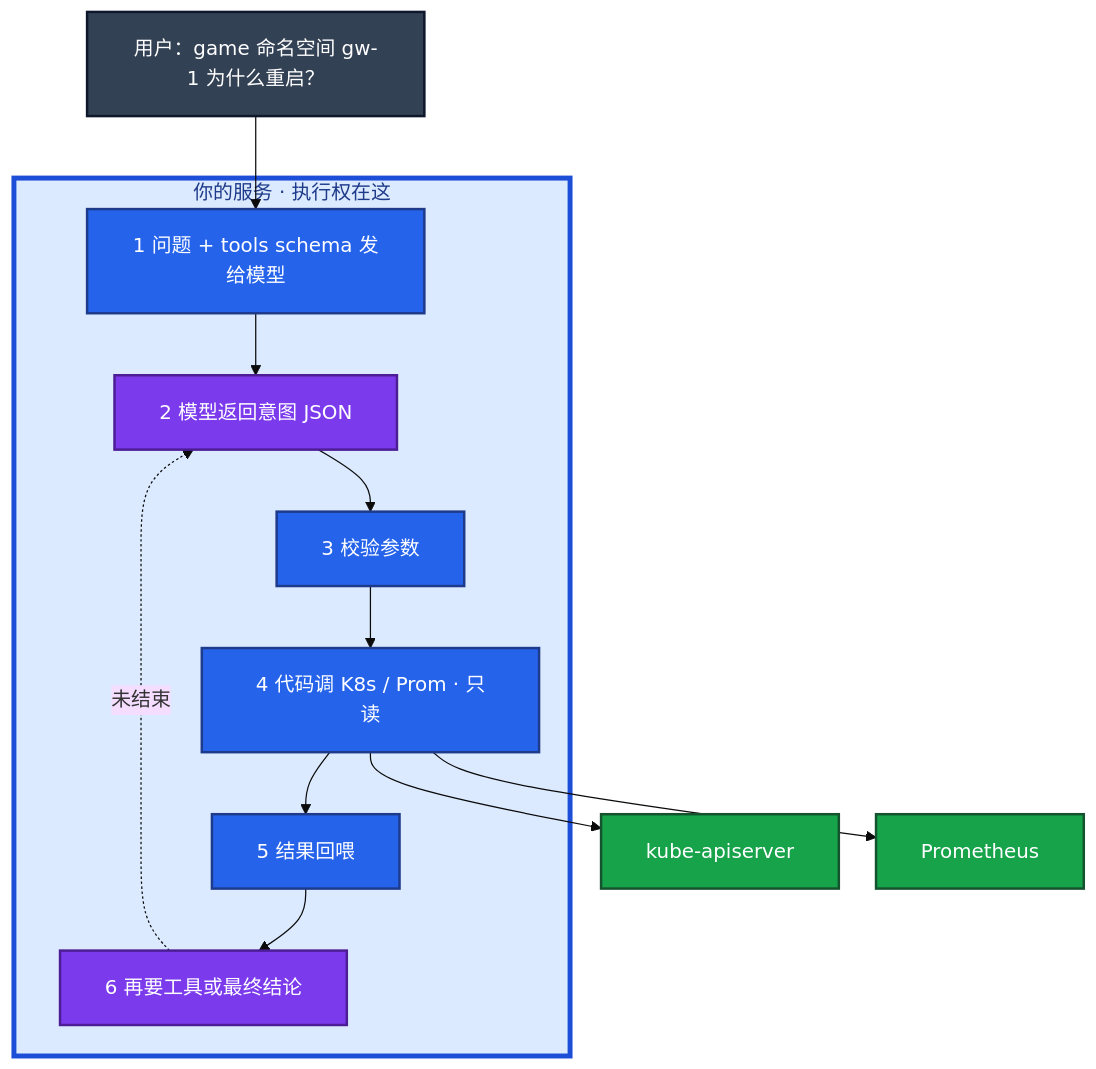
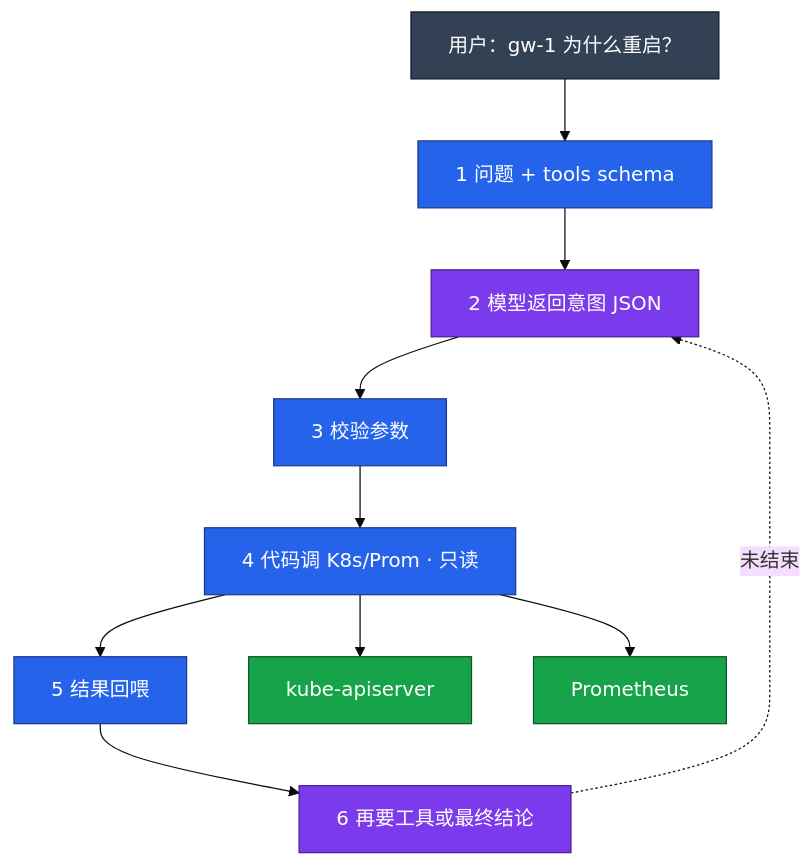
One commit to ml-cuizijun/LearnToLilith changed the first of 7 diagrams in 09-AI与智能运维/04-Function-Calling与Tool-Use/知识点.md. Above: the diagram before and after it, drawn with Mermaid. The commit also changed other lines of this file and 213 other files, not shown here.

````diff
--- a/09-AI与智能运维/04-Function-Calling与Tool-Use/知识点.md
+++ b/09-AI与智能运维/04-Function-Calling与Tool-Use/知识点.md
@@ -81,31 +42,23 @@
 ```mermaid
-%%{init: {"flowchart": {"padding": 18, "nodeSpacing": 30, "rankSpacing": 50}, "theme": "base"}}%%
+%%{init: {"theme": "base"}}%%
 flowchart TB
-    u["用户：game 命名空间 gw-1 为什么重启？"]
+    classDef user fill:#334155,stroke:#0F172A,color:#fff
+    classDef exec fill:#2563EB,stroke:#1E3A8A,color:#fff
+    classDef intent fill:#7C3AED,stroke:#4C1D95,color:#fff
+    classDef sys fill:#16A34A,stroke:#14532D,color:#fff
 
-    subgraph you ["你的服务 · 执行权在这"]
-        s1[1 问题 + tools schema 发给模型]
-        s2["2 模型返回意图 JSON"]
-        s3[3 校验参数]
-        s4[4 代码调 K8s / Prom · 只读]
-        s5[5 结果回喂]
-        s6[6 再要工具或最终结论]
-        s1 --> s2 --> s3 --> s4 --> s5 --> s6
-        s6 -.->|未结束| s2
-    end
+    u["用户：gw-1 为什么重启？"]:::user
+    s1["1 问题 + tools schema"]:::exec
+    s2["2 模型返回意图 JSON"]:::intent
+    s3["3 校验参数"]:::exec
+    s4["4 代码调 K8s/Prom · 只读"]:::exec
+    s5["5 结果回喂"]:::exec
+    s6["6 再要工具或最终结论"]:::intent
+    k8s[kube-apiserver]:::sys
+    prom[Prometheus]:::sys
 
-    u --> s1
-    s4 --> k8s[kube-apiserver]
-    s4 --> prom[Prometheus]
-
-    classDef user fill:#334155,stroke:#0F172A,stroke-width:2px,color:#fff
-    classDef exec fill:#2563EB,stroke:#1E3A8A,stroke-width:2px,color:#fff
-    classDef intent fill:#7C3AED,stroke:#4C1D95,stroke-width:2px,color:#fff
-    classDef sys fill:#16A34A,stroke:#14532D,stroke-width:2px,color:#fff
-    class u user
-    class s1,s3,s4,s5 exec
-    class s2,s6 intent
-    class k8s,prom sys
-
-    style you fill:#DBEAFE,stroke:#1D4ED8,stroke-width:4px,color:#1E3A8A
+    u --> s1 --> s2 --> s3 --> s4 --> s5 --> s6
+    s6 -.->|未结束| s2
+    s4 --> k8s
+    s4 --> prom
 ```
````
